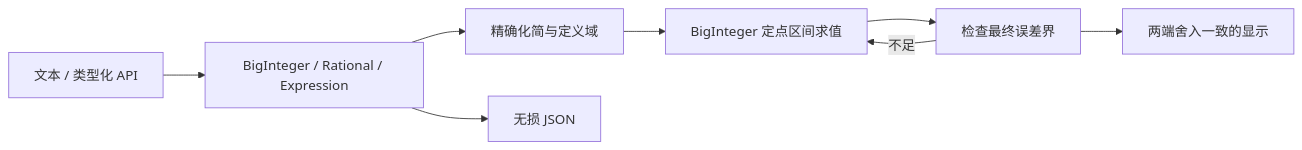
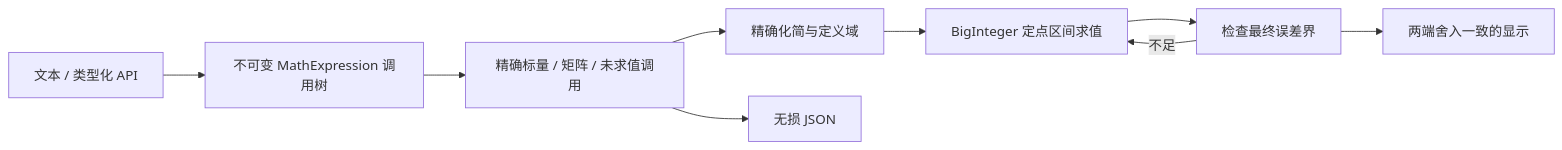
The diagram in math/docs/architecture.md (zamhown/NaturplayCalculator), drawn with Mermaid before and after one commit. The commit also changed other lines of this file and 59 other files, not shown here.

```diff
--- a/math/docs/architecture.md
+++ b/math/docs/architecture.md
@@ -5,10 +5,11 @@
 ~~~mermaid
 flowchart LR
-    Input[文本 / 类型化 API] --> Exact[BigInteger / Rational / Expression]
+    Input[文本 / 类型化 API] --> Term[不可变 MathExpression 调用树]
+    Term --> Exact[精确标量 / 矩阵 / 未求值调用]
     Exact --> Simplify[精确化简与定义域]
     Simplify --> Kernel[BigInteger 定点区间求值]
     Kernel --> Certify[检查最终误差界]
     Certify --> Format[两端舍入一致的显示]
     Certify -->|不足| Kernel
     Exact --> Store[无损 JSON]
 ~~~
```
